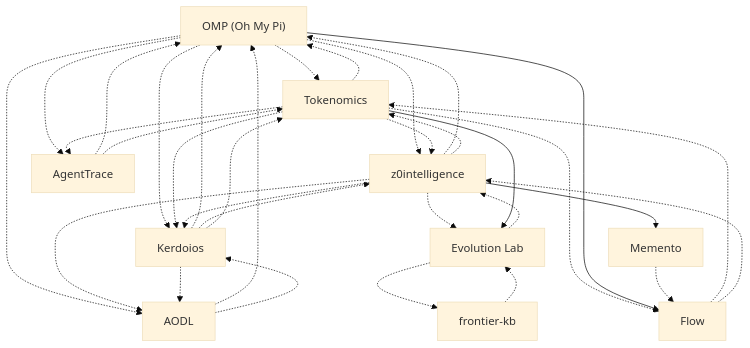
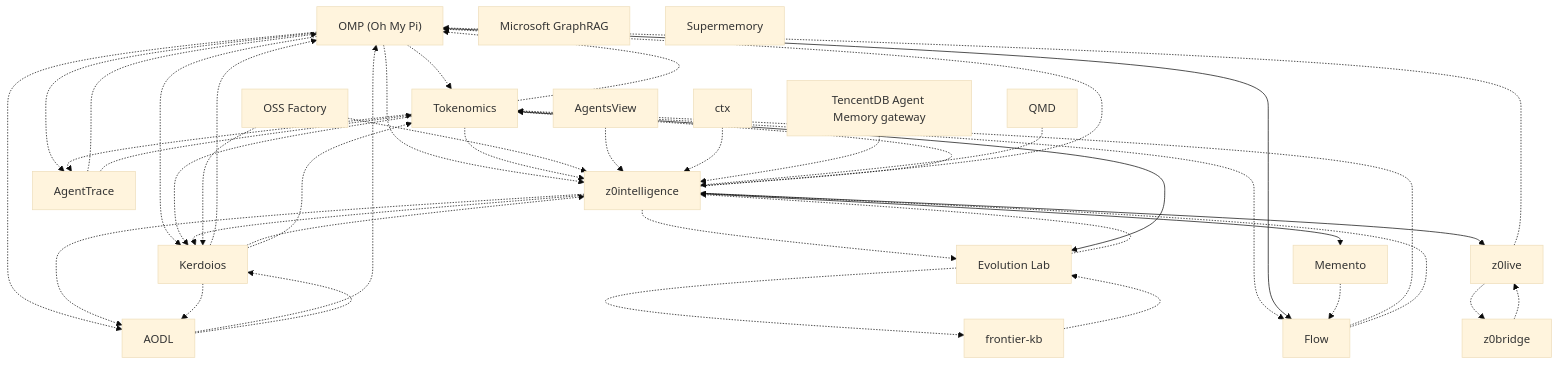
Before and after one commit to kvnloo/z0: the diagram in generated/graph.mmd, drawn with Mermaid (base theme). The commit also changed 14 other files, not shown here.

```diff
--- a/generated/graph.mmd
+++ b/generated/graph.mmd
@@ -1,43 +1,62 @@
 graph TD
   oh_my_pi["OMP (Oh My Pi)"]
   tokenomics["Tokenomics"]
   flow["Flow"]
   z0intelligence["z0intelligence"]
   kerdoios["Kerdoios"]
   evolution_lab["Evolution Lab"]
   frontier_kb["frontier-kb"]
   aodl["AODL"]
   agenttrace["AgentTrace"]
   memento["Memento"]
+  z0live["z0live"]
+  z0bridge["z0bridge"]
+  oss_factory["OSS Factory"]
+  agentsview["AgentsView"]
+  ctx["ctx"]
+  tencentdb_memory["TencentDB Agent Memory gateway"]
+  qmd["QMD"]
+  graphrag["Microsoft GraphRAG"]
+  supermemory["Supermemory"]
   oh_my_pi -.-> tokenomics
   oh_my_pi -.-> z0intelligence
   oh_my_pi -.-> aodl
   oh_my_pi -.-> kerdoios
   oh_my_pi -.-> agenttrace
   tokenomics -.-> oh_my_pi
   tokenomics -.-> z0intelligence
   tokenomics -.-> kerdoios
   tokenomics -.-> agenttrace
   tokenomics -.-> flow
   oh_my_pi --> flow
   flow -.-> tokenomics
   flow -.-> z0intelligence
   z0intelligence -.-> oh_my_pi
   z0intelligence -.-> kerdoios
   z0intelligence -.-> evolution_lab
   z0intelligence -.-> tokenomics
   z0intelligence -.-> aodl
   kerdoios -.-> oh_my_pi
   kerdoios -.-> z0intelligence
   kerdoios -.-> aodl
   kerdoios -.-> tokenomics
   tokenomics --> evolution_lab
   evolution_lab -.-> frontier_kb
   evolution_lab -.-> z0intelligence
   frontier_kb -.-> evolution_lab
   aodl -.-> oh_my_pi
   aodl -.-> kerdoios
   agenttrace -.-> oh_my_pi
   agenttrace -.-> tokenomics
   z0intelligence --> memento
   memento -.-> flow
+  z0intelligence --> z0live
+  z0live -.-> oh_my_pi
+  z0live -.-> z0bridge
+  z0bridge -.-> z0live
+  oss_factory -.-> z0intelligence
+  oss_factory -.-> kerdoios
+  agentsview -.-> z0intelligence
+  ctx -.-> z0intelligence
+  tencentdb_memory -.-> z0intelligence
+  qmd -.-> z0intelligence
```
